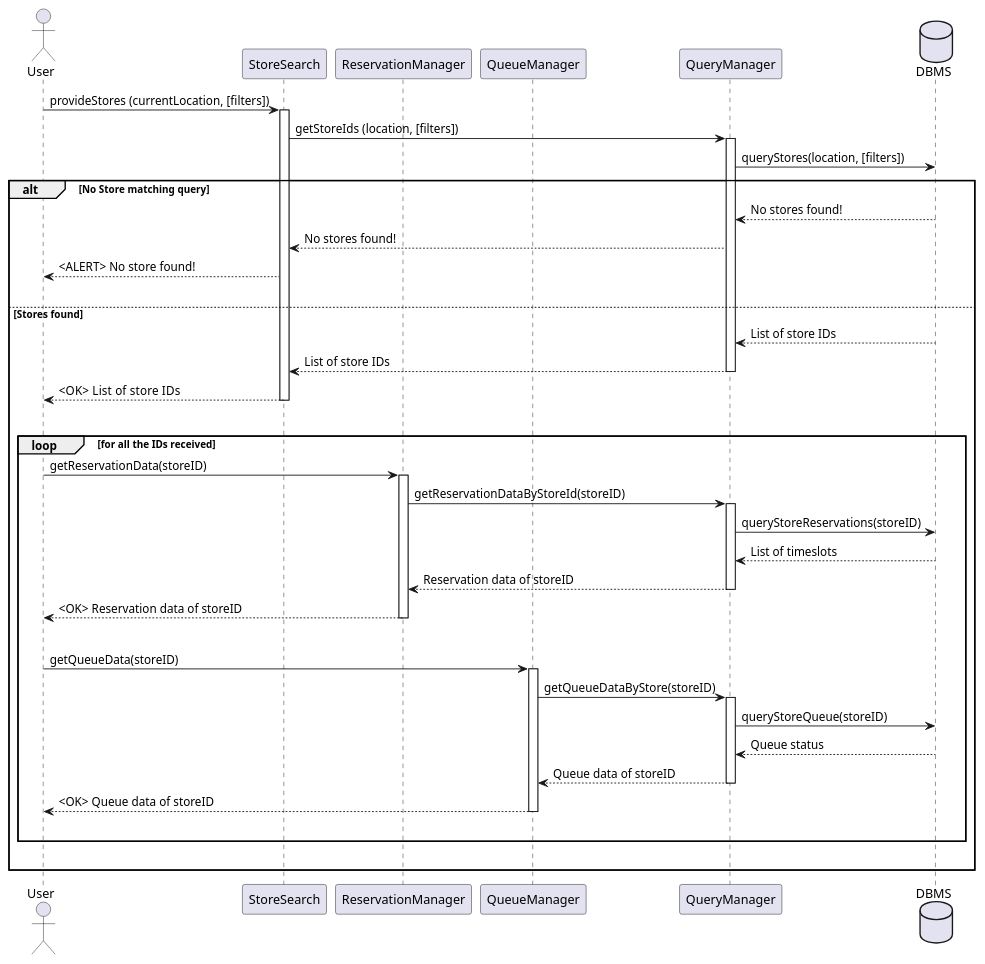
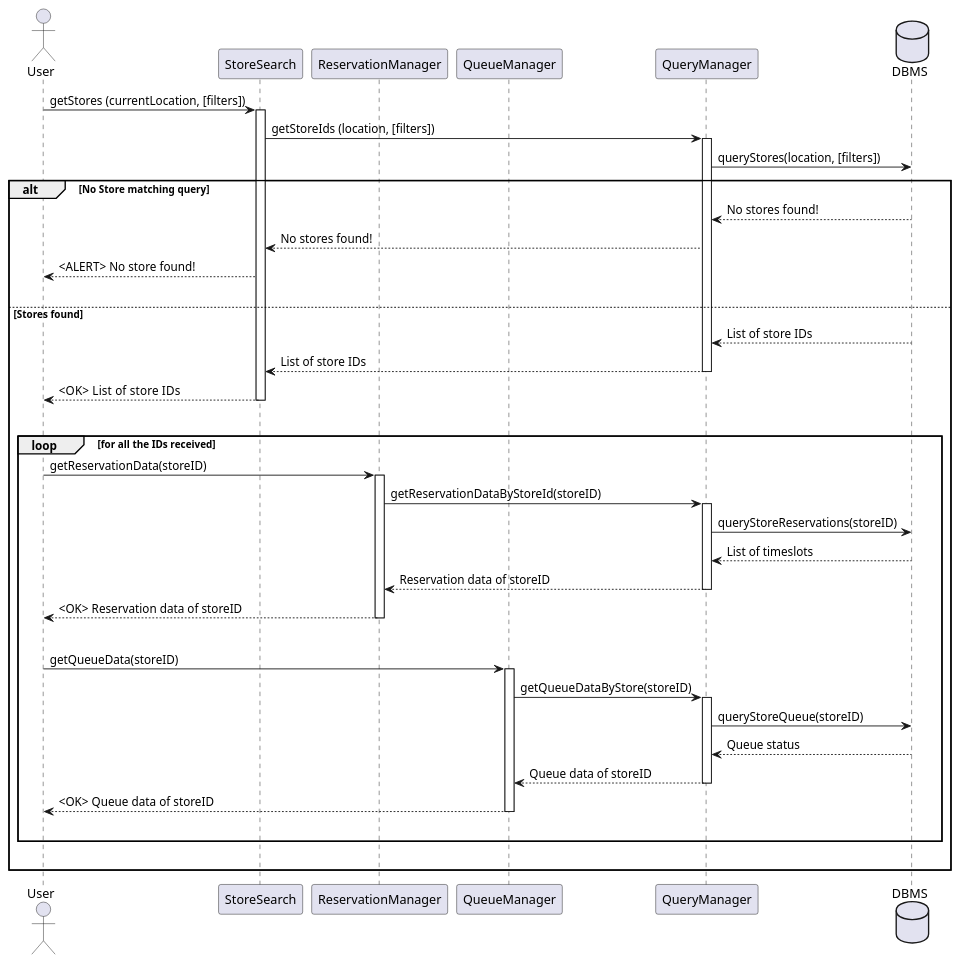
The diagram in DD/uml/seq_search_store.puml (andreafra/Software-Engineering-2-Project-2021), drawn with PlantUML before and after one commit. The commit also changed 6 other files, not shown here.

```diff
--- a/DD/uml/seq_search_store.puml
+++ b/DD/uml/seq_search_store.puml
@@ -1,55 +1,55 @@
 @startuml seq_join_queue
 
 actor User as a
 participant StoreSearch as ss
 participant ReservationManager as rm
 participant QueueManager as queue
 participant QueryManager as qm
 database DBMS as db
 
-a -> ss : provideStores (currentLocation, [filters])
+a -> ss : getStores (currentLocation, [filters])
 activate ss 
 ss -> qm : getStoreIds (location, [filters])
 activate qm
 qm -> db : queryStores(location, [filters])
 
 alt No Store matching query
     db --> qm : No stores found!
     qm --> ss : No stores found!
     ss --> a  : <ALERT> No store found!
     |||
 else Stores found
     db --> qm : List of store IDs
     qm --> ss : List of store IDs
     deactivate qm
     ss --> a : <OK>  List of store IDs
     deactivate ss
     |||
     loop for all the IDs received
         a->rm : getReservationData(storeID)
         activate rm
         rm -> qm : getReservationDataByStoreId(storeID)
         activate qm
         qm -> db : queryStoreReservations(storeID)
         db --> qm : List of timeslots
         qm --> rm : Reservation data of storeID
         deactivate qm
         rm --> a : <OK> Reservation data of storeID
         deactivate rm
         |||
         a-> queue : getQueueData(storeID)
         activate queue
         queue -> qm : getQueueDataByStore(storeID)
         activate qm
         qm -> db : queryStoreQueue(storeID)
         db --> qm : Queue status
         qm --> queue : Queue data of storeID
         deactivate qm
         queue --> a : <OK> Queue data of storeID
         deactivate queue
         |||
     end
     |||
 end
 
 @enduml
```
